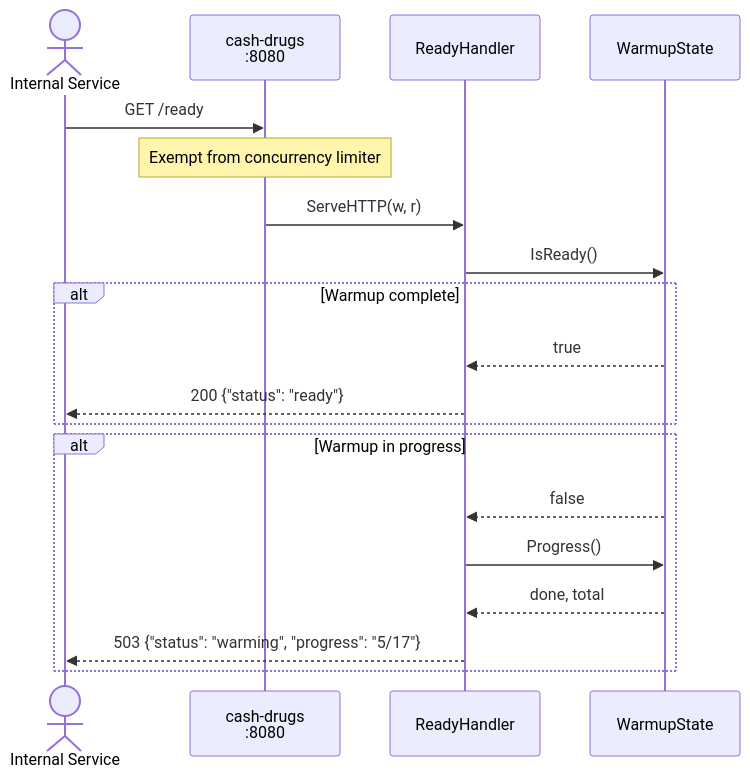
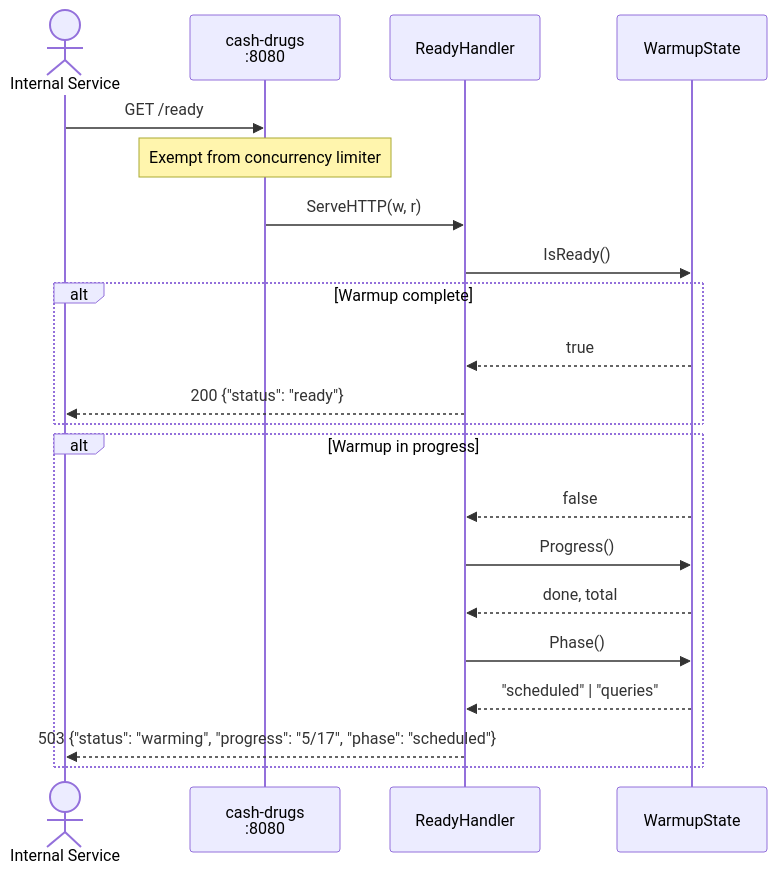
Diagram 16 of 21 in docs/sequence-diagram.md (finish06/cash-drugs), drawn with Mermaid before and after one commit. The commit also changed other lines of this file and 31 other files, not shown here.

````diff
--- a/docs/sequence-diagram.md
+++ b/docs/sequence-diagram.md
@@ -573,24 +588,26 @@
 ```mermaid
 sequenceDiagram
     actor Client as Internal Service
     participant GW as cash-drugs<br/>:8080
     participant RH as ReadyHandler
     participant WS as WarmupState
 
     Client->>GW: GET /ready
     Note over GW: Exempt from concurrency limiter
     GW->>RH: ServeHTTP(w, r)
     RH->>WS: IsReady()
 
     alt Warmup complete
         WS-->>RH: true
         RH-->>Client: 200 {"status": "ready"}
     end
 
     alt Warmup in progress
         WS-->>RH: false
         RH->>WS: Progress()
         WS-->>RH: done, total
-        RH-->>Client: 503 {"status": "warming", "progress": "5/17"}
+        RH->>WS: Phase()
+        WS-->>RH: "scheduled" | "queries"
+        RH-->>Client: 503 {"status": "warming", "progress": "5/17", "phase": "scheduled"}
     end
 ```
````
